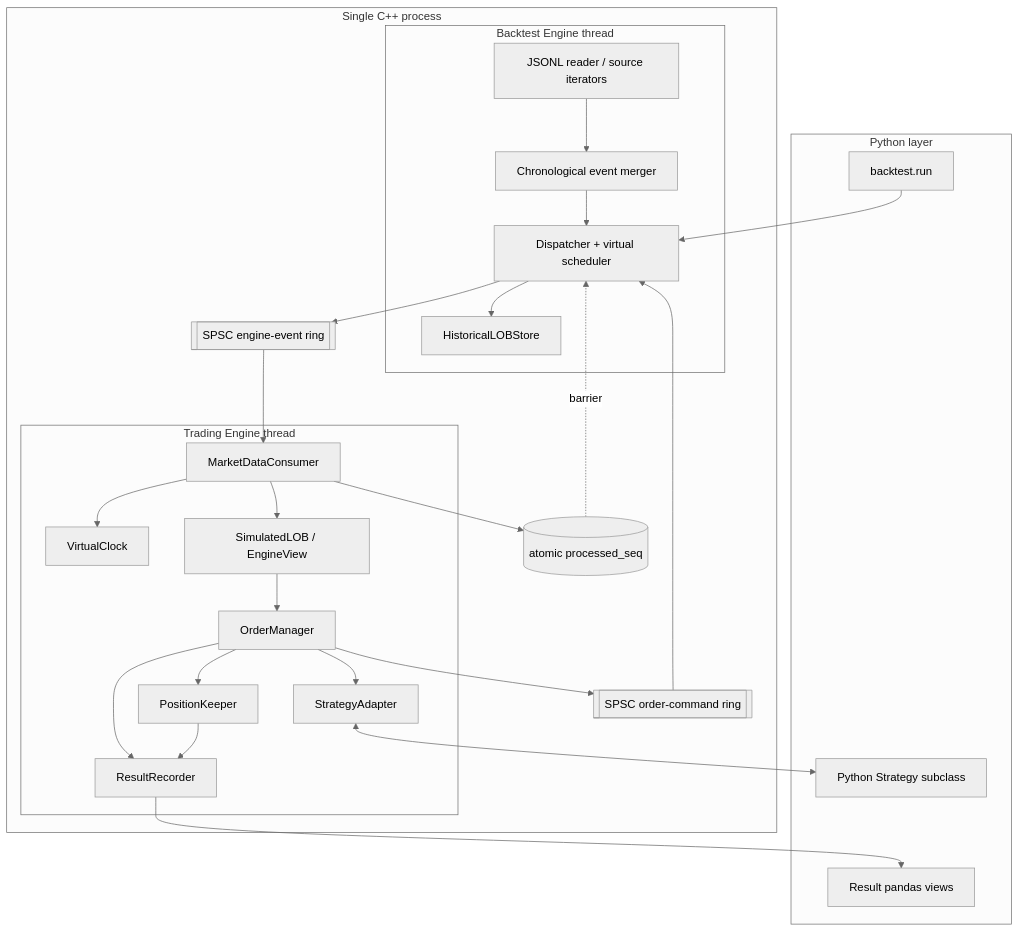
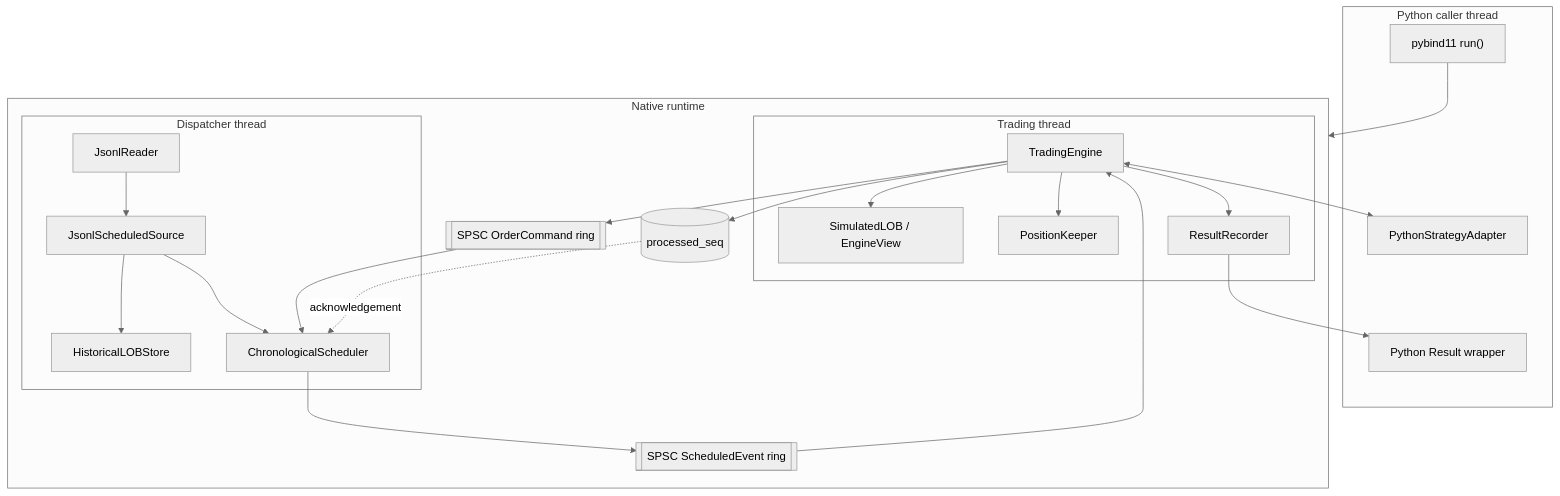
One commit to axxeny/back-tester-2026 changed the second of 4 diagrams in docs/hw4/architecture/02_context_and_containers.md. Above: the diagram before and after it, drawn with Mermaid (neutral theme). The commit also changed other lines of this file and 60 other files, not shown here.

````diff
--- a/docs/hw4/architecture/02_context_and_containers.md
+++ b/docs/hw4/architecture/02_context_and_containers.md
@@ -20,49 +27,45 @@
 ```mermaid
 flowchart TB
-    subgraph PY["Python layer"]
-        RUN["backtest.run"]
-        STRAT["Python Strategy subclass"]
-        PANDAS["Result pandas views"]
+    subgraph CALLER["Python caller thread"]
+        RUN["pybind11 run()"]
+        ADAPTER["PythonStrategyAdapter"]
+        PYRESULT["Python Result wrapper"]
     end
 
-    subgraph CPP["Single C++ process"]
-        subgraph BT["Backtest Engine thread"]
-            READER["JSONL reader / source iterators"]
-            MERGER["Chronological event merger"]
-            DISPATCH["Dispatcher + virtual scheduler"]
-            STORE["HistoricalLOBStore"]
-            READER --> MERGER --> DISPATCH
-            DISPATCH --> STORE
+    subgraph NATIVE["Native runtime"]
+        subgraph DISPATCHER["Dispatcher thread"]
+            READER["JsonlReader"]
+            SOURCE["JsonlScheduledSource"]
+            BOOKS["HistoricalLOBStore"]
+            SCHED["ChronologicalScheduler"]
+
+            READER --> SOURCE
+            SOURCE --> BOOKS
+            SOURCE --> SCHED
         end
 
-        subgraph TT["Trading Engine thread"]
-            CONSUMER["MarketDataConsumer"]
-            CLOCK["VirtualClock"]
+        subgraph CONSUMER["Trading thread"]
+            ENGINE["TradingEngine"]
             SIM["SimulatedLOB / EngineView"]
-            OM["OrderManager"]
-            POS["PositionKeeper"]
-            ADAPTER["StrategyAdapter"]
-            REC["ResultRecorder"]
+            POSITION["PositionKeeper"]
+            RECORDER["ResultRecorder"]
 
-            CONSUMER --> CLOCK
-            CONSUMER --> SIM
-            SIM --> OM --> POS
-            OM --> REC
-            POS --> REC
-            OM --> ADAPTER
+            ENGINE --> SIM
+            ENGINE --> POSITION
+            ENGINE --> RECORDER
         end
 
-        EVTQ[["SPSC engine-event ring"]]
-        CMDQ[["SPSC order-command ring"]]
-        READY[("atomic processed_seq")]
+        EVENTQ[["SPSC ScheduledEvent ring"]]
+        COMMANDQ[["SPSC OrderCommand ring"]]
+        READY[("processed_seq")]
 
-        DISPATCH --> EVTQ --> CONSUMER
-        OM --> CMDQ --> DISPATCH
-        CONSUMER --> READY
-        READY -. "barrier" .-> DISPATCH
+        SCHED --> EVENTQ --> ENGINE
+        ENGINE --> COMMANDQ --> SCHED
+        ENGINE --> READY
+        READY -. "acknowledgement" .-> SCHED
     end
 
-    RUN --> DISPATCH
-    ADAPTER <--> STRAT
-    REC --> PANDAS
+    RUN --> NATIVE
+    ENGINE <--> ADAPTER
+    RECORDER --> PYRESULT
 ```
````
